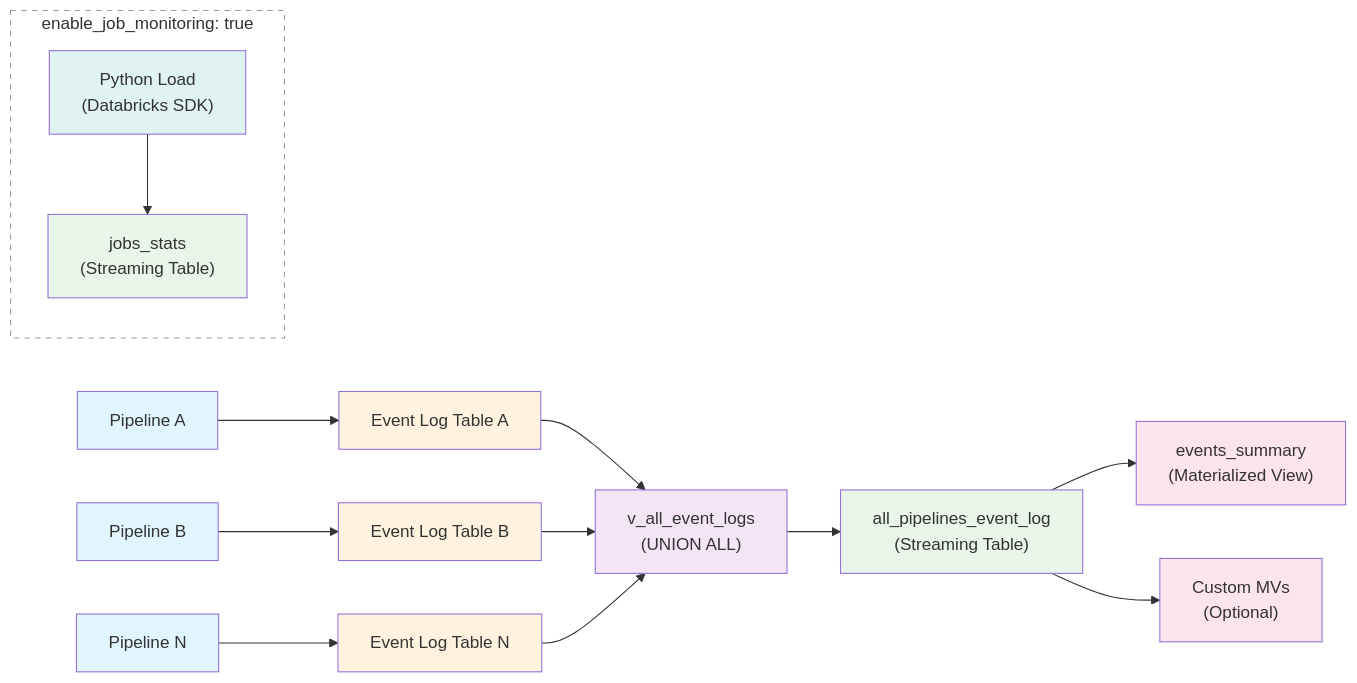
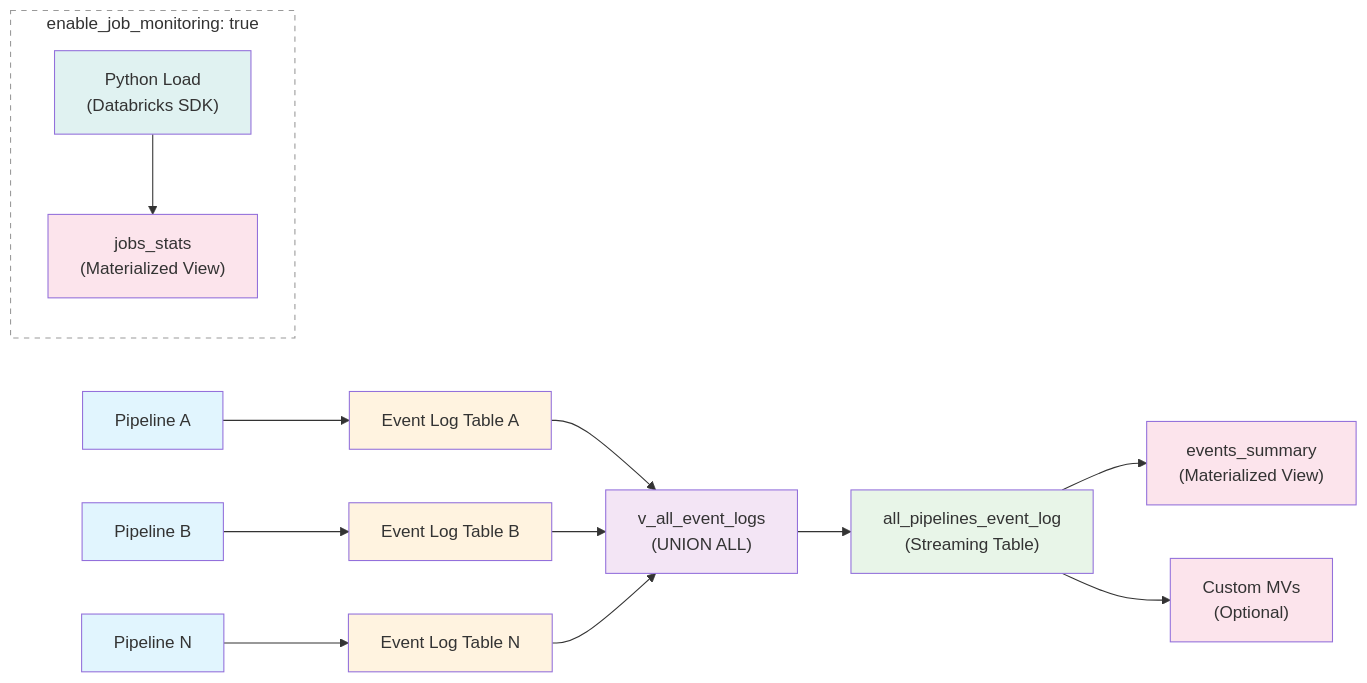
One commit to Mmodarre/Lakehouse_Plumber changed the diagram in docs/monitoring.rst. Above: the diagram before and after it, drawn with Mermaid. The commit also changed other lines of this file and 27 other files, not shown here.

```diff
--- a/docs/monitoring.rst
+++ b/docs/monitoring.rst
@@ -42,32 +42,32 @@
 .. mermaid::
 
    flowchart LR
        P1["Pipeline A"] --> EL1["Event Log Table A"]
        P2["Pipeline B"] --> EL2["Event Log Table B"]
        P3["Pipeline N"] --> EL3["Event Log Table N"]
 
        EL1 --> UV["v_all_event_logs<br/>(UNION ALL)"]
        EL2 --> UV
        EL3 --> UV
 
        UV --> ST["all_pipelines_event_log<br/>(Streaming Table)"]
        ST --> MV1["events_summary<br/>(Materialized View)"]
        ST --> MV2["Custom MVs<br/>(Optional)"]
 
        subgraph opt ["enable_job_monitoring: true"]
-           PL["Python Load<br/>(Databricks SDK)"] --> JS["jobs_stats<br/>(Streaming Table)"]
+           PL["Python Load<br/>(Databricks SDK)"] --> JS["jobs_stats<br/>(Materialized View)"]
        end
 
        style P1 fill:#e1f5fe
        style P2 fill:#e1f5fe
        style P3 fill:#e1f5fe
        style EL1 fill:#fff3e0
        style EL2 fill:#fff3e0
        style EL3 fill:#fff3e0
        style UV fill:#f3e5f5
        style ST fill:#e8f5e8
        style MV1 fill:#fce4ec
        style MV2 fill:#fce4ec
        style PL fill:#e0f2f1
-       style JS fill:#e8f5e8
+       style JS fill:#fce4ec
        style opt fill:none,stroke:#999,stroke-dasharray: 5 5
```
